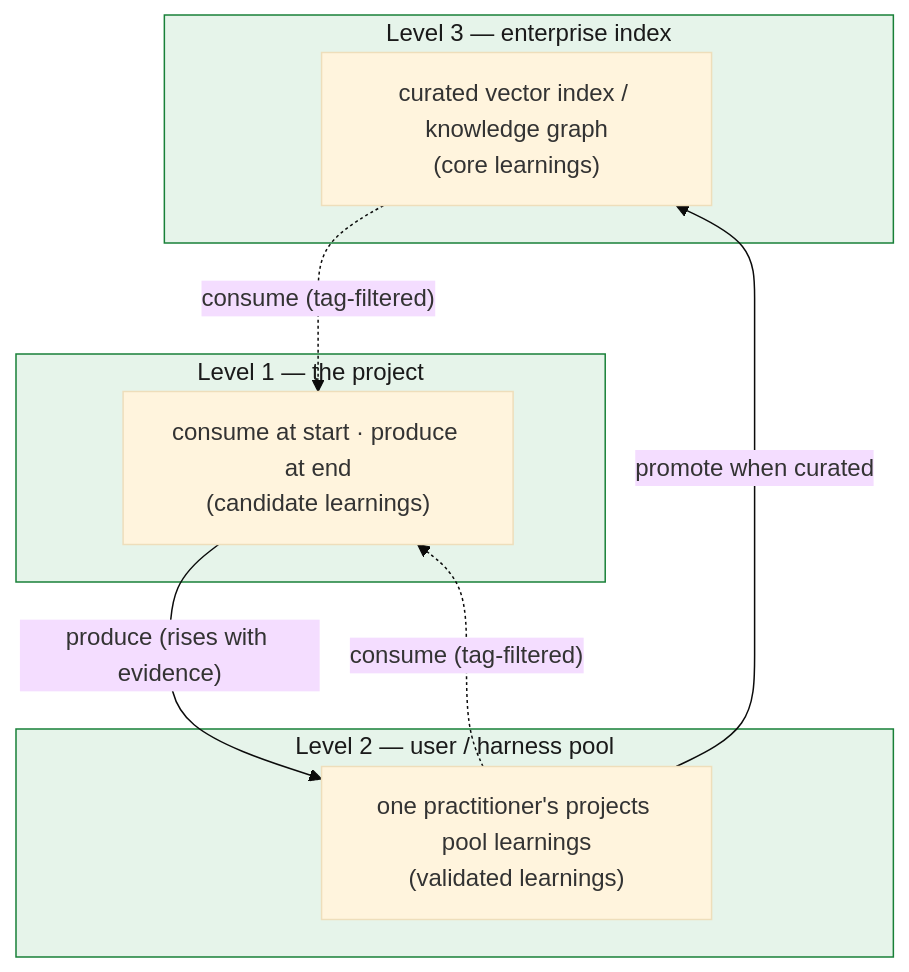
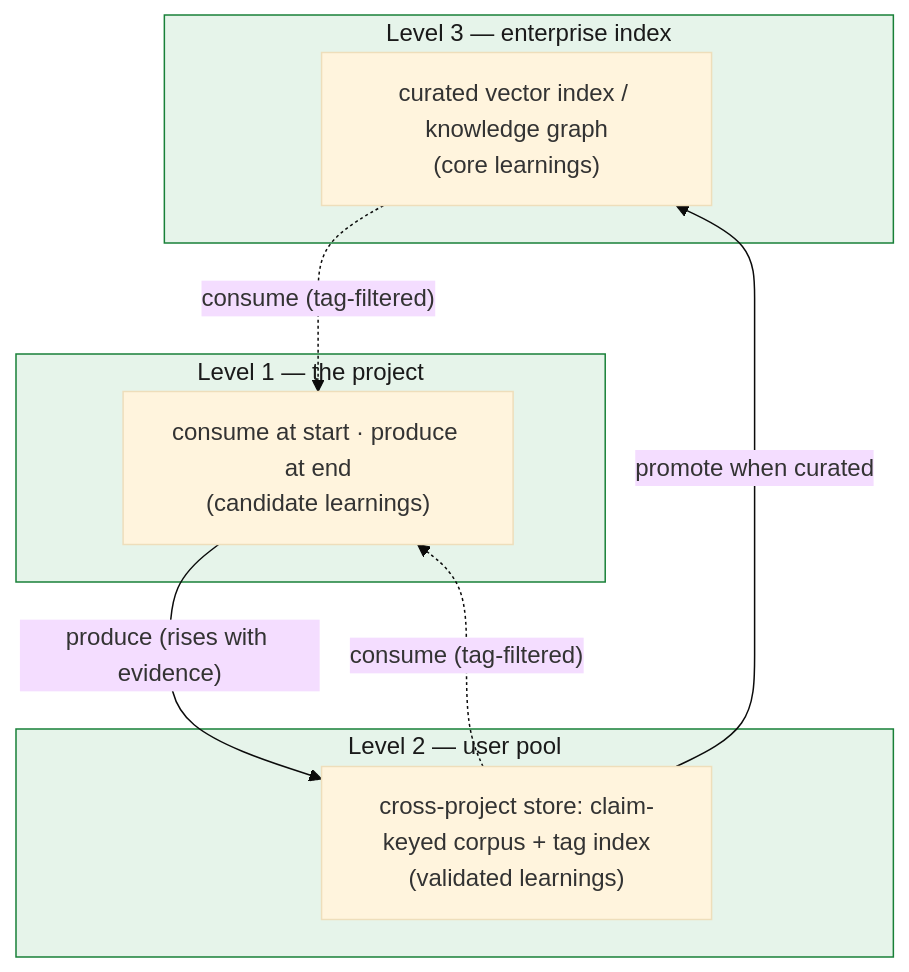
The diagram in docs/09-learning-across-projects.md (RohitDashora/gotm-framework-for-agentic-development), drawn with Mermaid (base theme) before and after one commit. The commit also changed other lines of this file and 4 other files, not shown here.

First line of the commit message:
GOTM v3.36 — the shared learning pool (L2): close the cross-project learning loop

````diff
--- a/docs/09-learning-across-projects.md
+++ b/docs/09-learning-across-projects.md
@@ -33,18 +33,18 @@
 ```mermaid
 flowchart TB
     subgraph L3["Level 3 — enterprise index"]
         E["curated vector index / knowledge graph<br/>(core learnings)"]
     end
-    subgraph L2["Level 2 — user / harness pool"]
-        U["one practitioner's projects pool learnings<br/>(validated learnings)"]
+    subgraph L2["Level 2 — user pool"]
+        U["cross-project store: claim-keyed corpus + tag index<br/>(validated learnings)"]
     end
     subgraph L1["Level 1 — the project"]
         P["consume at start · produce at end<br/>(candidate learnings)"]
     end
     P -->|"produce (rises with evidence)"| U
     U -->|"promote when curated"| E
     U -.->|"consume (tag-filtered)"| P
     E -.->|"consume (tag-filtered)"| P
     classDef storeC fill:#e6f4ea,stroke:#188038,color:#1a1a1a;
     class L1,L2,L3 storeC;
 ```
````
